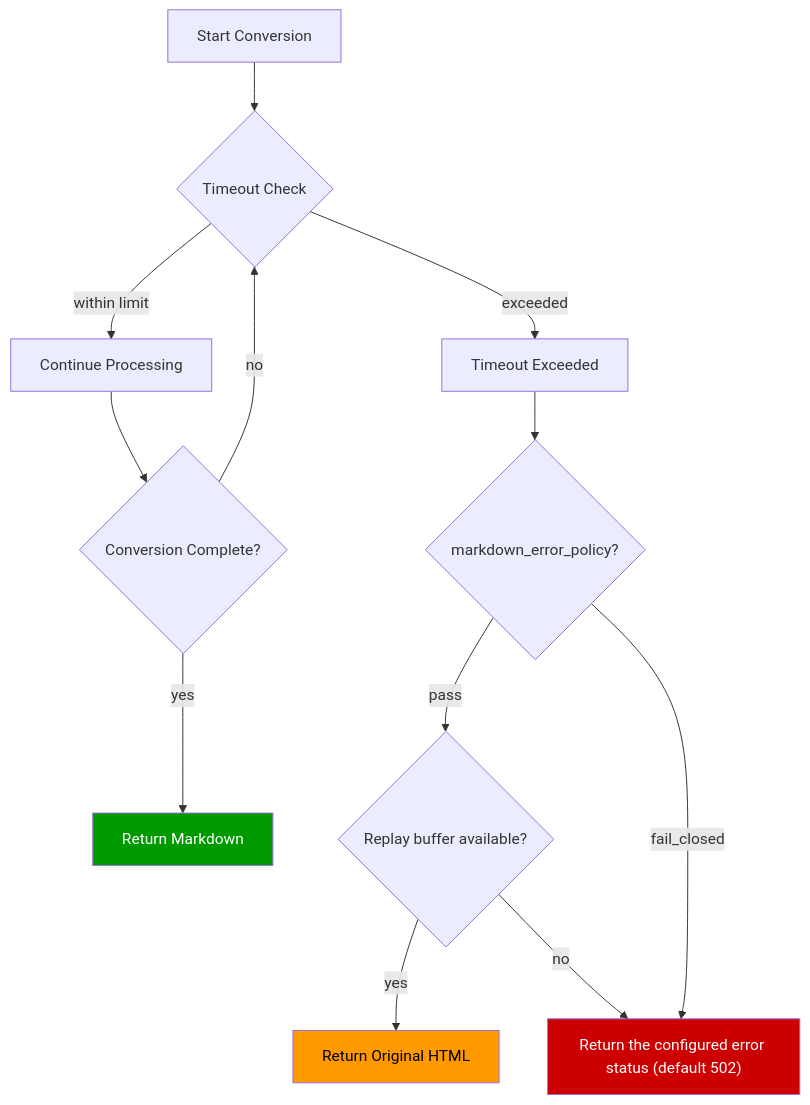
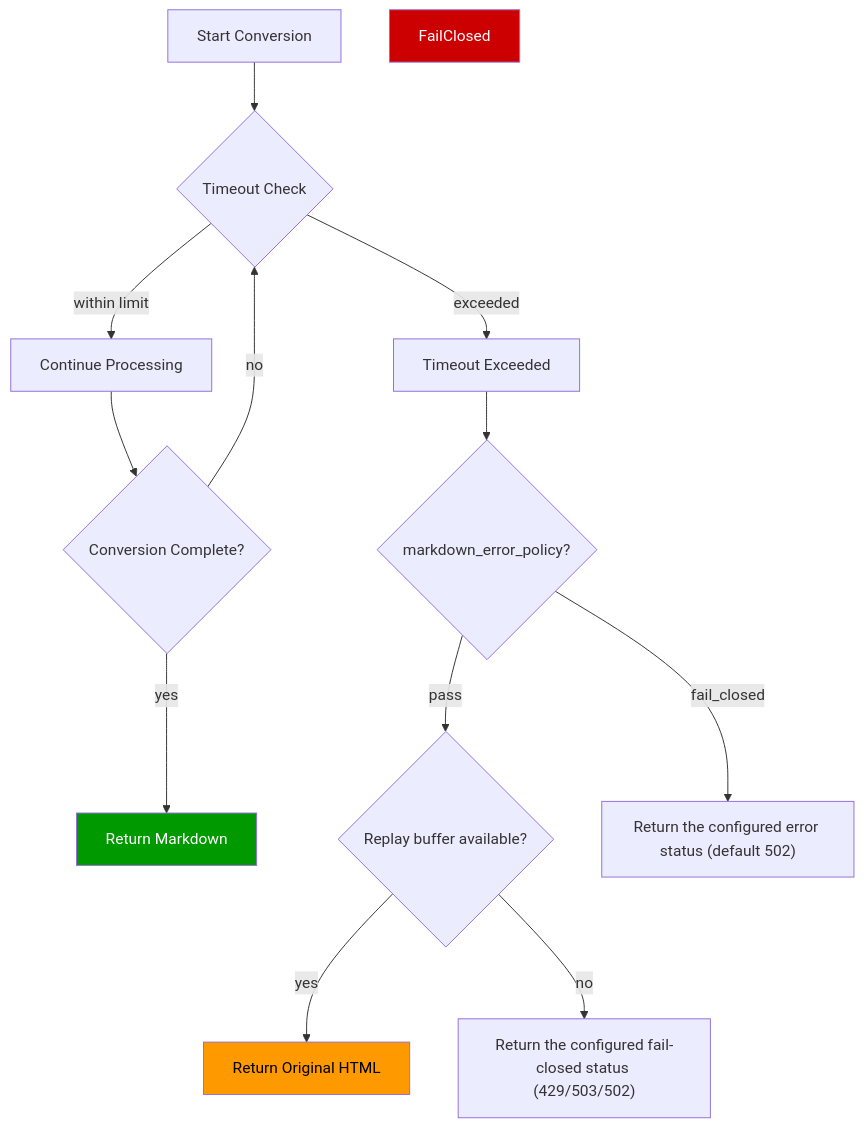
Before and after one commit to cnkang/nginx-markdown-for-agents: the diagram in docs/features/COOPERATIVE_TIMEOUT.md, drawn with Mermaid. The commit also changed 4 other files, not shown here.

````diff
--- a/docs/features/COOPERATIVE_TIMEOUT.md
+++ b/docs/features/COOPERATIVE_TIMEOUT.md
@@ -5,18 +5,18 @@
 ```mermaid
 flowchart TD
     Start["Start Conversion"] --> Check{"Timeout Check"}
     Check -->|within limit| Continue["Continue Processing"]
     Check -->|exceeded| Fail["Timeout Exceeded"]
     Continue --> Done{"Conversion Complete?"}
     Done -->|yes| Success["Return Markdown"]
     Done -->|no| Check
     Fail --> OnError{"markdown_error_policy?"}
     OnError -->|pass| ReplayAvail{"Replay buffer available?"}
     ReplayAvail -->|yes| FailOpen["Return Original HTML"]
-    ReplayAvail -->|no| FailClosed["Return the configured fail-closed status (429/503/502)"]
-    OnError -->|fail_closed| FailClosed["Return the configured error status (default 502)"]
+    ReplayAvail -->|no| ReplayUnavailableClosed["Return the configured fail-closed status (429/503/502)"]
+    OnError -->|fail_closed| PolicyClosed["Return the configured error status (default 502)"]
 
     style Success fill:#090,color:#fff
     style FailOpen fill:#f90,color:#000
     style FailClosed fill:#c00,color:#fff
 ```
````
